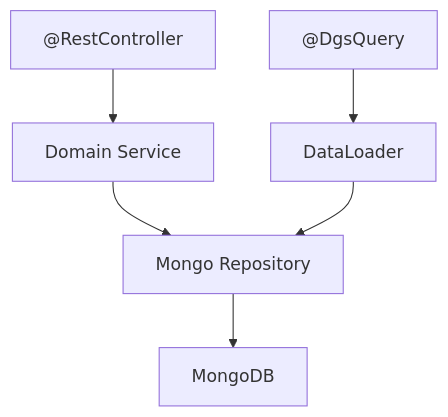
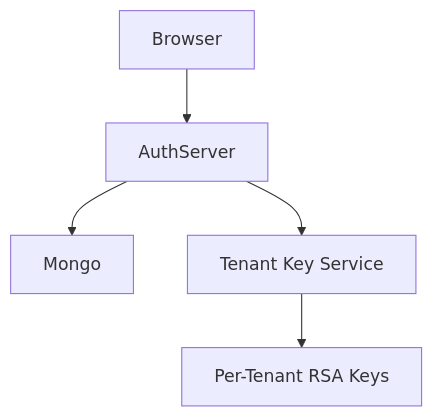
One commit to Praesto-Pro/openframe-oss-tenant changed the diagram in docs/architecture/diagrams/README-4.mmd. Above: the diagram before and after it, drawn with Mermaid. The commit also changed 214 other files, not shown here.

```diff
--- a/docs/architecture/diagrams/README-4.mmd
+++ b/docs/architecture/diagrams/README-4.mmd
@@ -1,7 +1,5 @@
 flowchart TD
-    Controller["@RestController"] --> Service["Domain Service"]
-    Service --> Repository["Mongo Repository"]
-    Repository --> MongoDB["MongoDB"]
-
-    GraphQL["@DgsQuery"] --> DataLoader["DataLoader"]
-    DataLoader --> Repository
+    Browser --> AuthServer
+    AuthServer --> Mongo
+    AuthServer --> TenantKeyService["Tenant Key Service"]
+    TenantKeyService --> RSA["Per-Tenant RSA Keys"]
```
